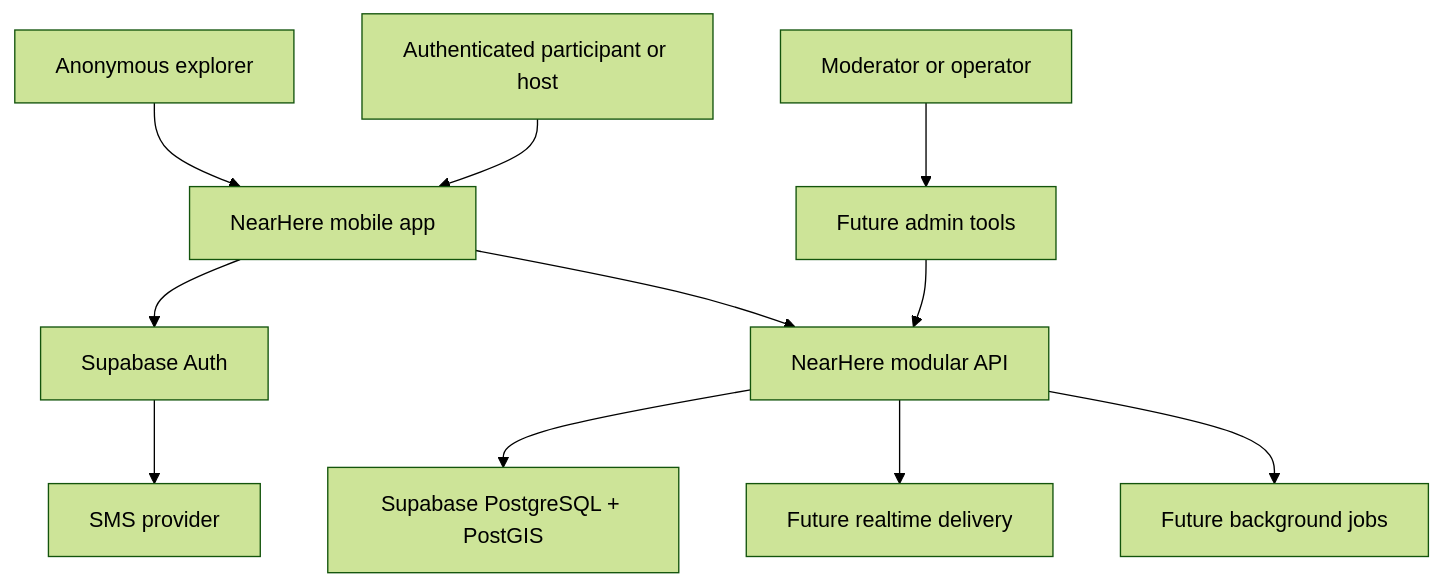
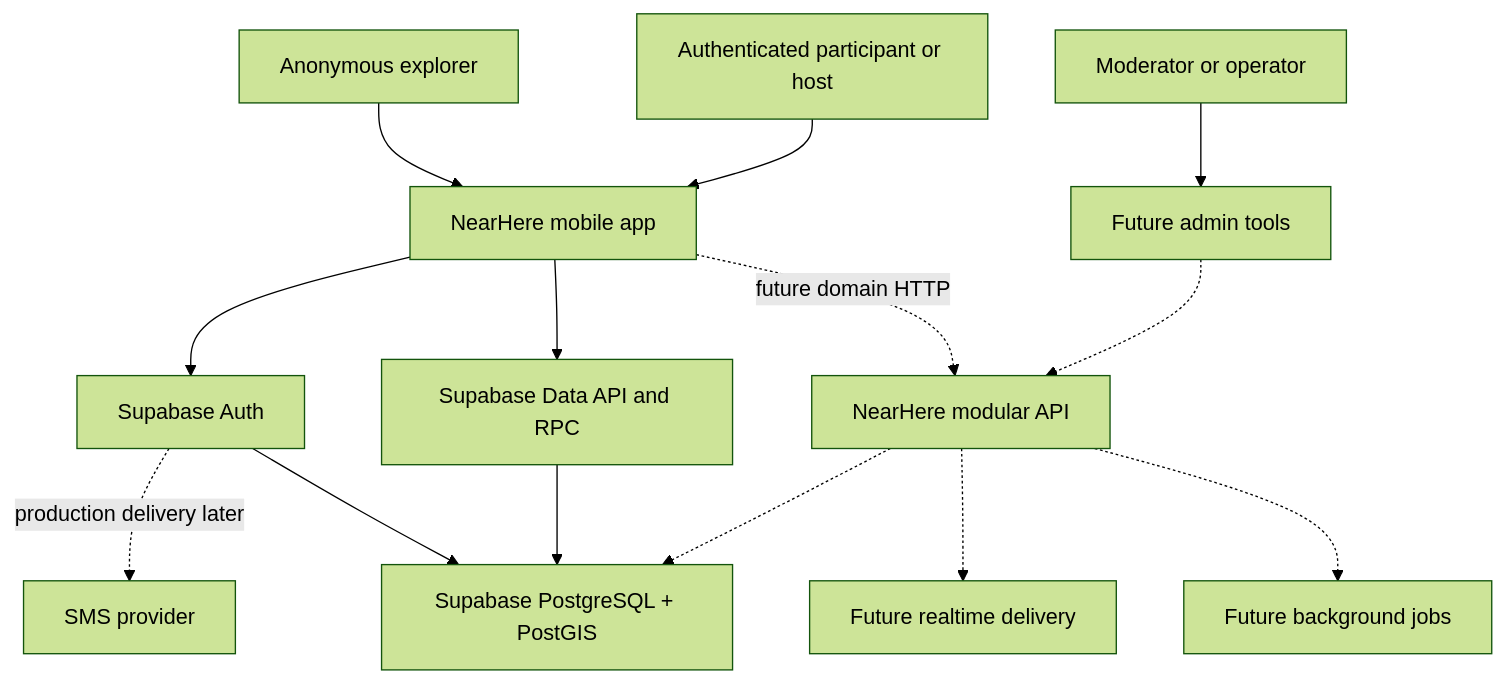
One commit to ansh0eman/NearHere changed the second of 13 diagrams in docs/system-design.md. Above: the diagram before and after it, drawn with Mermaid (forest theme). The commit also changed other lines of this file and 33 other files, not shown here.

````diff
--- a/docs/system-design.md
+++ b/docs/system-design.md
@@ -45,13 +45,16 @@
 ```mermaid
 flowchart TB
     A["Anonymous explorer"] --> M["NearHere mobile app"]
     U["Authenticated participant or host"] --> M
     MOD["Moderator or operator"] --> ADMIN["Future admin tools"]
     M --> AUTH["Supabase Auth"]
-    AUTH --> SMS["SMS provider"]
-    M --> API["NearHere modular API"]
-    API --> DB["Supabase PostgreSQL + PostGIS"]
-    API --> RT["Future realtime delivery"]
-    API --> JOBS["Future background jobs"]
-    ADMIN --> API
+    AUTH -. "production delivery later" .-> SMS["SMS provider"]
+    M --> DATA["Supabase Data API and RPC"]
+    AUTH --> DB["Supabase PostgreSQL + PostGIS"]
+    DATA --> DB
+    M -. "future domain HTTP" .-> API["NearHere modular API"]
+    API -.-> DB
+    API -.-> RT["Future realtime delivery"]
+    API -.-> JOBS["Future background jobs"]
+    ADMIN -.-> API
 ```
````
